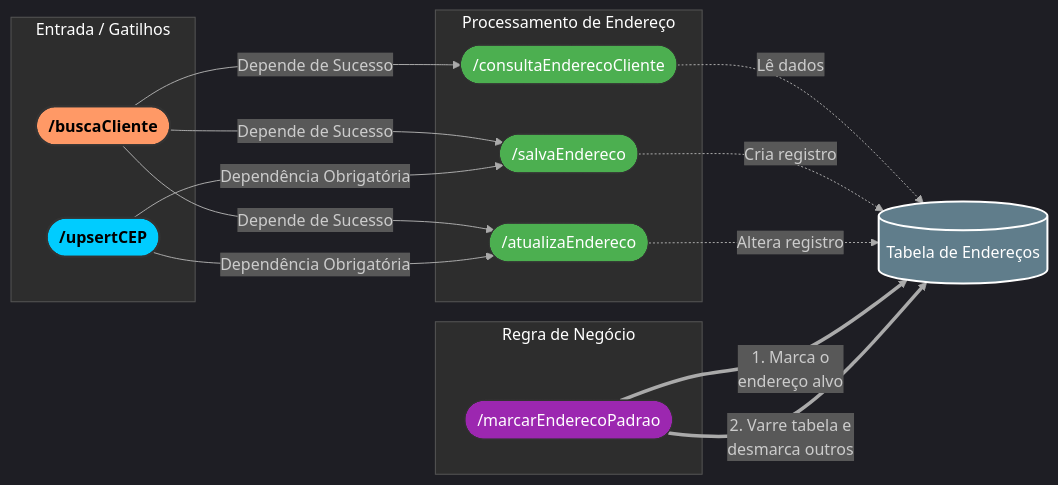
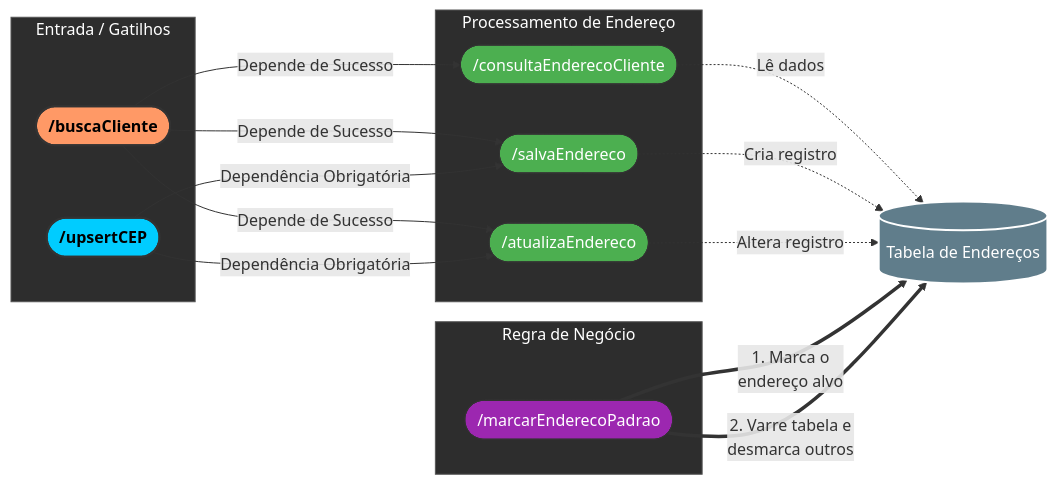
The diagram in docs/ADP/02-lista-apis.md (giovbon/docs), drawn with Mermaid before and after one commit.

````diff
--- a/docs/ADP/02-lista-apis.md
+++ b/docs/ADP/02-lista-apis.md
@@ -46,62 +46,62 @@
 ```mermaid
-%%{init: {'theme': 'dark', 'themeVariables': { 'primaryTextColor': '#fff', 'lineColor': '#aaa'}}}%%
+%%{init: {'theme': 'dark'}}}%%
 graph LR
     %% Alterado de TD para LR para resolver sobreposição %%
 
     %% Declaração dos Nós (APIs e Banco de Dados)
     subgraph Entrada [Entrada / Gatilhos]
         BuscaCli(["/buscaCliente"])
         UpsertCEP(["/upsertCEP"])
     end
     
     subgraph Processo [Processamento de Endereço]
         ConsultaEnd(["/consultaEnderecoCliente"])
         SalvaEnd(["/salvaEndereco"])
         AtualizaEnd(["/atualizaEndereco"])
     end
     
     subgraph Regra [Regra de Negócio]
         MarcarPadrao(["/marcarEnderecoPadrao"])
     end
 
     DB[("Tabela de Endereços")]
 
     %% Atribuição de classes aos nós
     class BuscaCli auth;
     class UpsertCEP loc;
     class ConsultaEnd,SalvaEnd,AtualizaEnd action;
     class MarcarPadrao logic;
     class DB database;
 
     %% --- DEFINIÇÃO DE ESTILOS PARA TEMA ESCURO --- %%
     %% Cores com alto contraste para fundo escuro
     classDef auth fill:#f96,stroke:#333,stroke-width:2px,color:#000,font-weight:bold;
     classDef loc fill:#0cf,stroke:#333,stroke-width:2px,color:#000,font-weight:bold;
     classDef action fill:#4caf50,stroke:#333,stroke-width:1px,color:#fff;
     classDef logic fill:#9c27b0,stroke:#333,stroke-width:1px,color:#fff;
     classDef database fill:#607d8b,stroke:#fff,stroke-width:2px,color:#fff,rx:5,ry:5;
     
     %% Estilo padrão para subgraphs no tema escuro
     style Entrada fill:#2d2d2d,stroke:#555,color:#fff
     style Processo fill:#2d2d2d,stroke:#555,color:#fff
     style Regra fill:#2d2d2d,stroke:#555,color:#fff
 
     %% 1. Dependência de Identidade
     BuscaCli -->|Depende de Sucesso| ConsultaEnd
     BuscaCli -->|Depende de Sucesso| SalvaEnd
     BuscaCli -->|Depende de Sucesso| AtualizaEnd
 
     %% 2. Dependência de Localização
     UpsertCEP -->|Dependência Obrigatória| SalvaEnd
     UpsertCEP -->|Dependência Obrigatória| AtualizaEnd
 
     %% Ações no Banco de Dados (Operações padrão)
     %% Adicionado quebras de linha <br/> nos textos longos para evitar sobreposição
     ConsultaEnd -.->|Lê dados| DB
     SalvaEnd -.->|Cria registro| DB
     AtualizaEnd -.->|Altera registro| DB
 
     %% 3. Lógica de Negócio (Exclusividade)
     MarcarPadrao ==>|1. Marca o<br/>endereço alvo| DB
     MarcarPadrao ==>|2. Varre tabela e<br/>desmarca outros| DB
 ```
````
